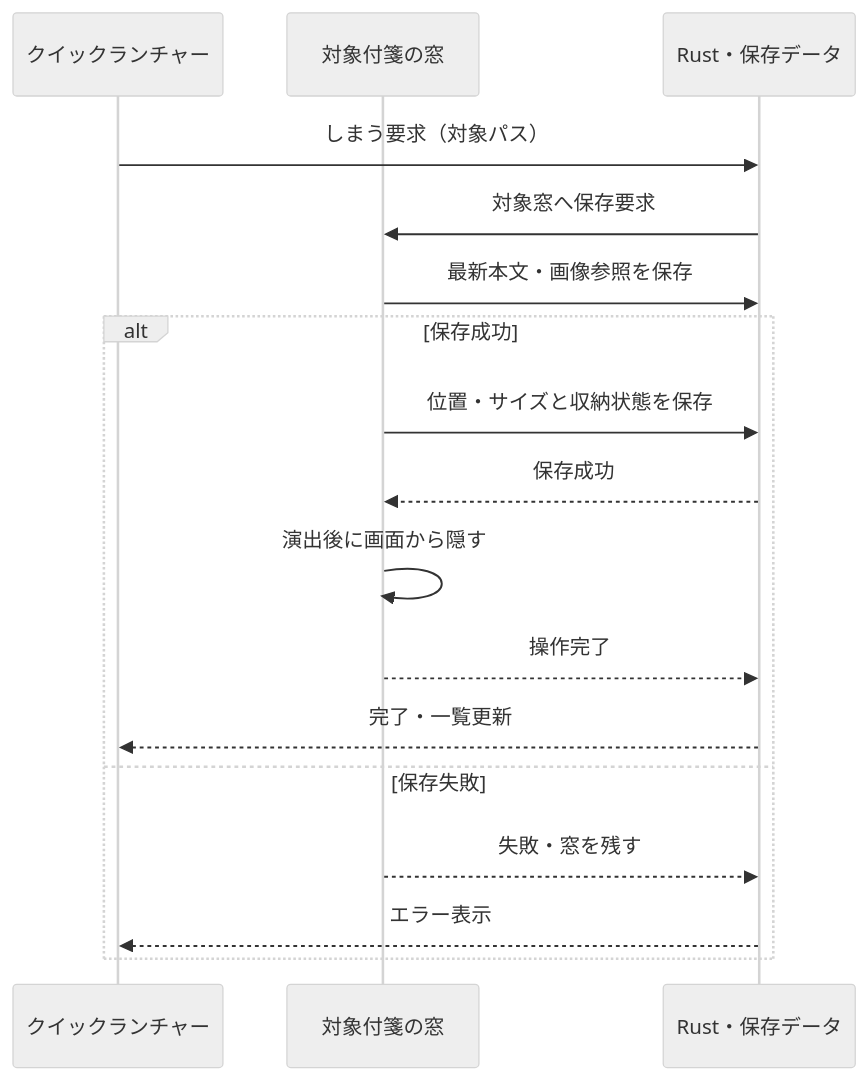
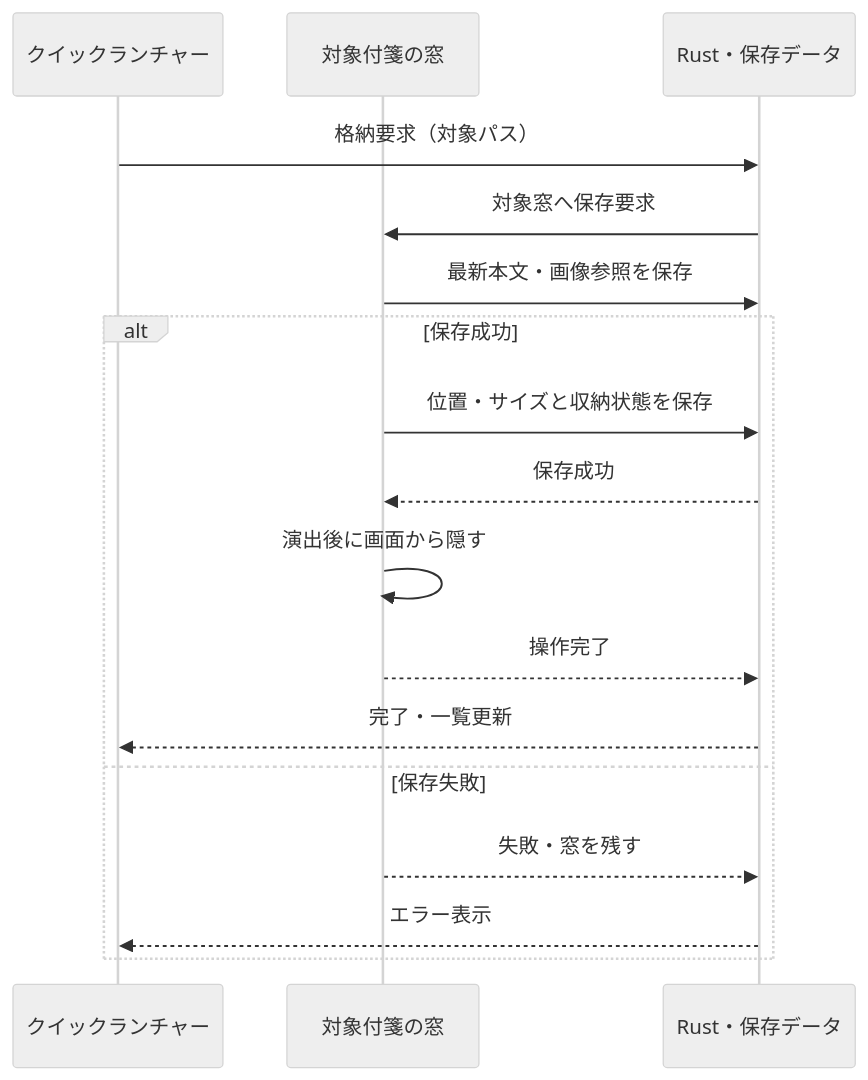
Diagram 15 of 19 in docs-v2/002_PC.md (ore-no-fusen/ore-no-fusen), drawn with Mermaid (neutral theme) before and after one commit. The commit also changed other lines of this file and 8 other files, not shown here.

````diff
--- a/docs-v2/002_PC.md
+++ b/docs-v2/002_PC.md
@@ -1589,19 +1589,19 @@
 ```mermaid
 sequenceDiagram
     participant L as クイックランチャー
     participant N as 対象付箋の窓
     participant R as Rust・保存データ
-    L->>R: しまう要求（対象パス）
+    L->>R: 格納要求（対象パス）
     R->>N: 対象窓へ保存要求
     N->>R: 最新本文・画像参照を保存
     alt 保存成功
         N->>R: 位置・サイズと収納状態を保存
         R-->>N: 保存成功
         N->>N: 演出後に画面から隠す
         N-->>R: 操作完了
         R-->>L: 完了・一覧更新
     else 保存失敗
         N-->>R: 失敗・窓を残す
         R-->>L: エラー表示
     end
 ```
````
